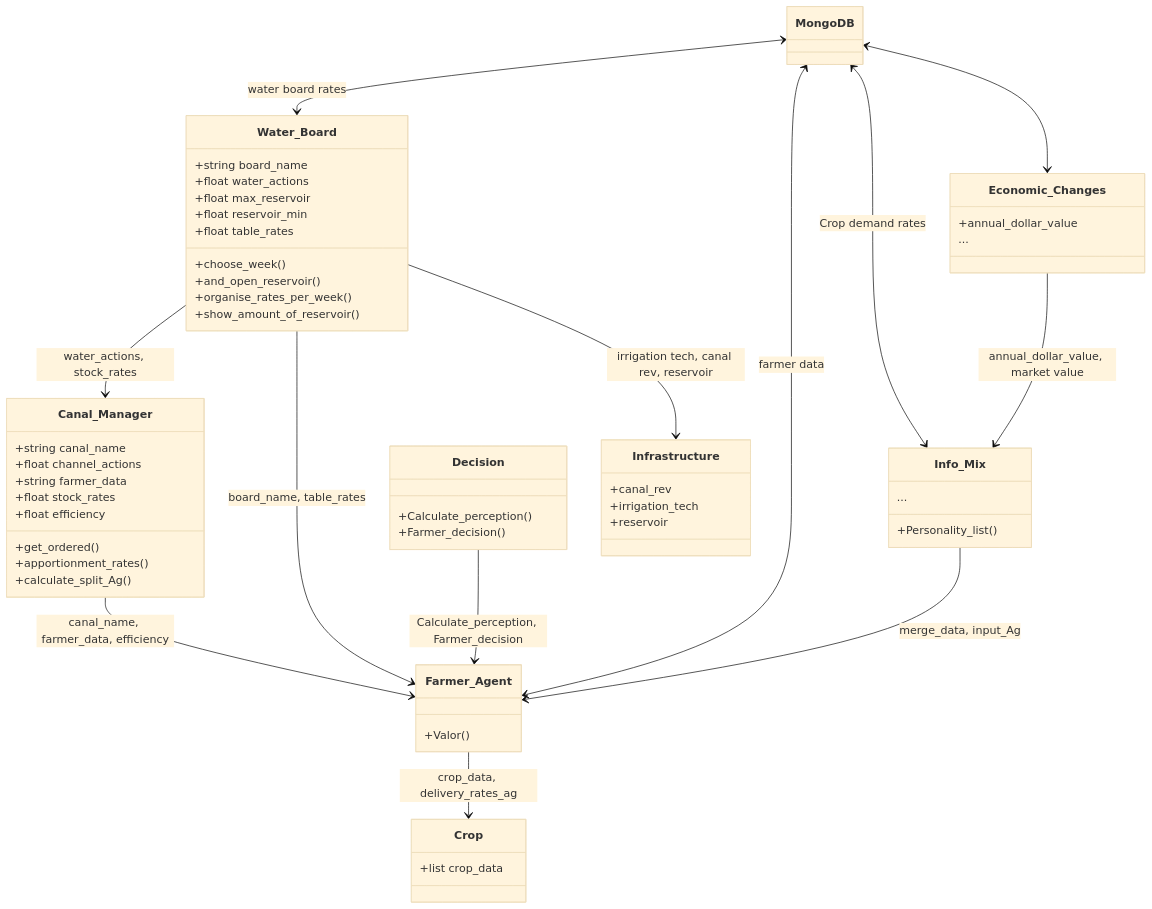
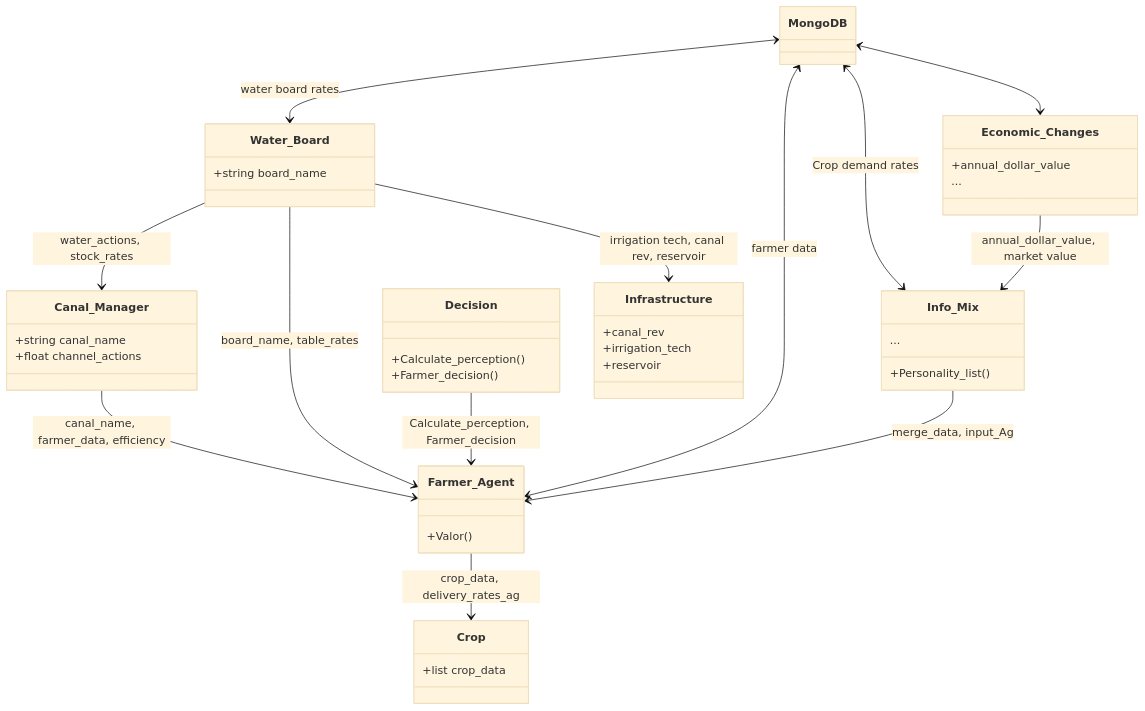
Before and after one commit to Pablov81/Agrotopia: the diagram in README.md, drawn with Mermaid (base theme).

````diff
--- a/README.md
+++ b/README.md
@@ -46,71 +46,57 @@
 ```mermaid
 classDiagram
     class MongoDB {
     }
 
     class Water_Board {
         +string board_name
-        +float water_actions
-        +float max_reservoir
-        +float reservoir_min
-        +float table_rates
-        +choose_week()
-        +and_open_reservoir()
-        +organise_rates_per_week()
-        +show_amount_of_reservoir()
     }
 
     class Infrastructure {
         +canal_rev
         +irrigation_tech
         +reservoir
     }
 
     class Canal_Manager {
         +string canal_name
         +float channel_actions
-        +string farmer_data
-        +float stock_rates
-        +float efficiency
-        +get_ordered()
-        +apportionment_rates()
-        +calculate_split_Ag()
     }
 
     class Farmer_Agent {
         +Valor()
     }
 
     class Decision {
         +Calculate_perception()
         +Farmer_decision()
     }
 
     class Crop {
         +list crop_data
     }
 
     class Info_Mix {
         +Personality_list()
         ...
     }
 
     class Economic_Changes {
         +annual_dollar_value
         ... 
     }
 
     MongoDB <--> Water_Board: water board rates
     MongoDB <--> Farmer_Agent: farmer data
     MongoDB <--> Info_Mix: Crop demand rates
     MongoDB <--> Economic_Changes
     Water_Board --> Canal_Manager: water_actions, stock_rates
     Water_Board --> Farmer_Agent: board_name, table_rates
     Water_Board --> Infrastructure: irrigation tech, canal rev, reservoir
     Canal_Manager --> Farmer_Agent: canal_name, farmer_data, efficiency
     Info_Mix --> Farmer_Agent: merge_data, input_Ag
     Farmer_Agent --> Crop: crop_data, delivery_rates_ag
     Economic_Changes --> Info_Mix: annual_dollar_value, market value
     Decision --> Farmer_Agent: Calculate_perception, Farmer_decision
 
 ```
````
